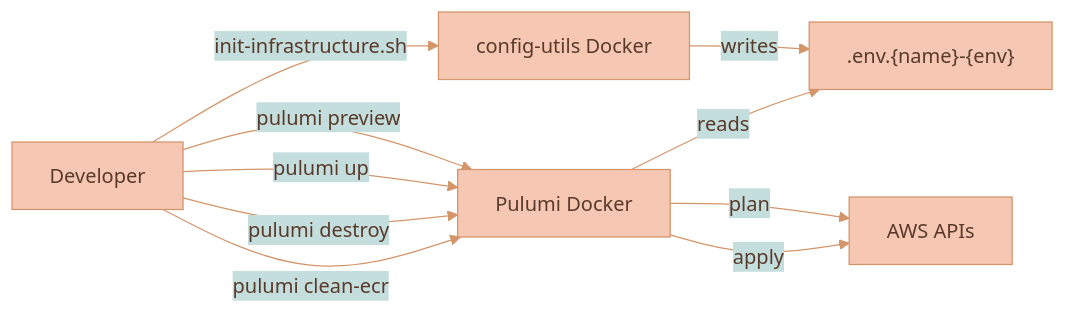
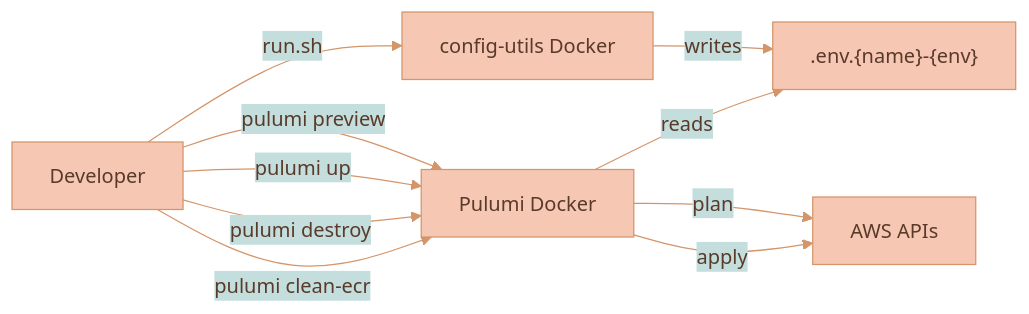
One commit to Lixpi/lixpi changed the diagram in documentation/platform/deployment/SCALING-AND-OPERATIONS.md. Above: the diagram before and after it, drawn with Mermaid. The commit also changed other lines of this file and 141 other files, not shown here.

````diff
--- a/documentation/platform/deployment/SCALING-AND-OPERATIONS.md
+++ b/documentation/platform/deployment/SCALING-AND-OPERATIONS.md
@@ -83,13 +83,13 @@
 ```mermaid
 %%{init: {'theme': 'base', 'themeVariables': { 'primaryColor': '#F6C7B3', 'primaryTextColor': '#5a3a2a', 'primaryBorderColor': '#d4956a', 'secondaryColor': '#C3DEDD', 'secondaryTextColor': '#1a3a47', 'secondaryBorderColor': '#4a8a9d', 'tertiaryColor': '#DCECE9', 'tertiaryTextColor': '#1a3a47', 'tertiaryBorderColor': '#82B2C0', 'lineColor': '#d4956a', 'textColor': '#5a3a2a'}}}%%
 flowchart LR
-    Dev["Developer"] -->|init-infrastructure.sh| Init[config-utils Docker]
+    Dev["Developer"] -->|run.sh| Init[config-utils Docker]
     Init -->|writes| ENV[".env.{name}-{env}"]
     Dev -->|pulumi preview| Pulumi[Pulumi Docker]
     Pulumi -->|reads| ENV
     Pulumi -->|plan| AWS["AWS APIs"]
     Dev -->|pulumi up| Pulumi
     Pulumi -->|apply| AWS
     Dev -->|pulumi destroy| Pulumi
     Dev -->|pulumi clean-ecr| Pulumi
 ```
````
